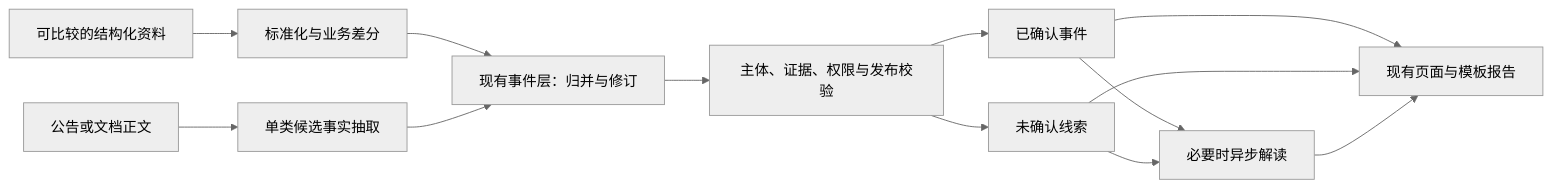
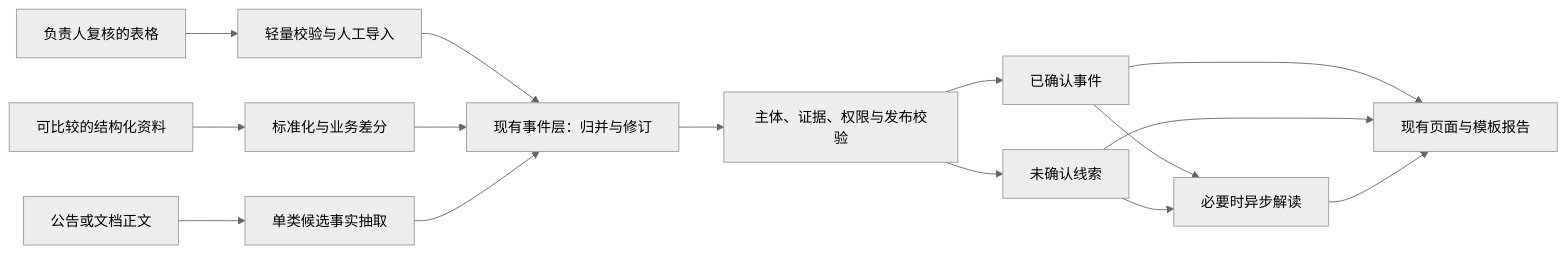
The diagram in docs/15-incremental-event-delivery-plan.md (daiphoon/dealflow-radar), drawn with Mermaid (neutral theme) before and after one commit. The commit also changed other lines of this file and 37 other files, not shown here.

````diff
--- a/docs/15-incremental-event-delivery-plan.md
+++ b/docs/15-incremental-event-delivery-plan.md
@@ -43,15 +43,17 @@
 ```mermaid
 flowchart LR
+    H[负责人复核的表格] --> I[轻量校验与人工导入]
+    I --> E
     S[可比较的结构化资料] --> D[标准化与业务差分]
     W[公告或文档正文] --> X[单类候选事实抽取]
     D --> E[现有事件层：归并与修订]
     X --> E
     E --> G[主体、证据、权限与发布校验]
     G --> P[已确认事件]
     G --> U[未确认线索]
     P --> V[现有页面与模板报告]
     U --> V
     P --> A[必要时异步解读]
     U --> A
     A --> V
 ```
````
